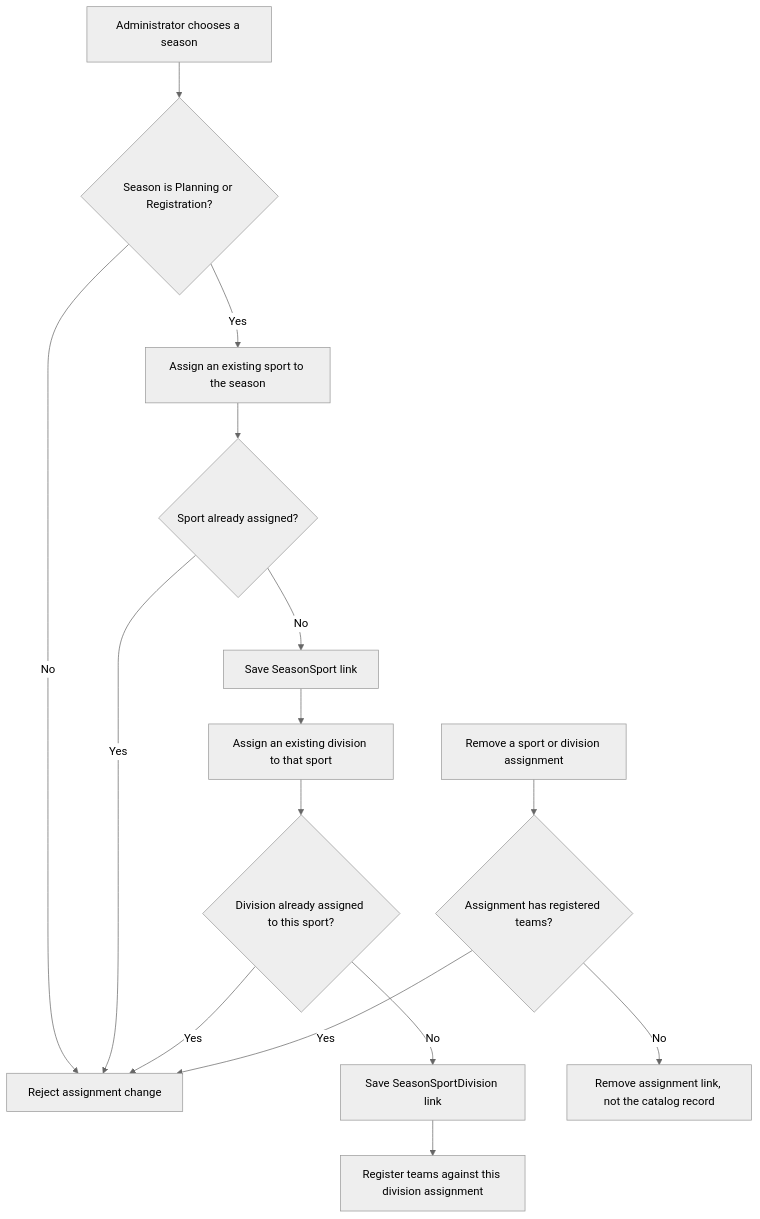
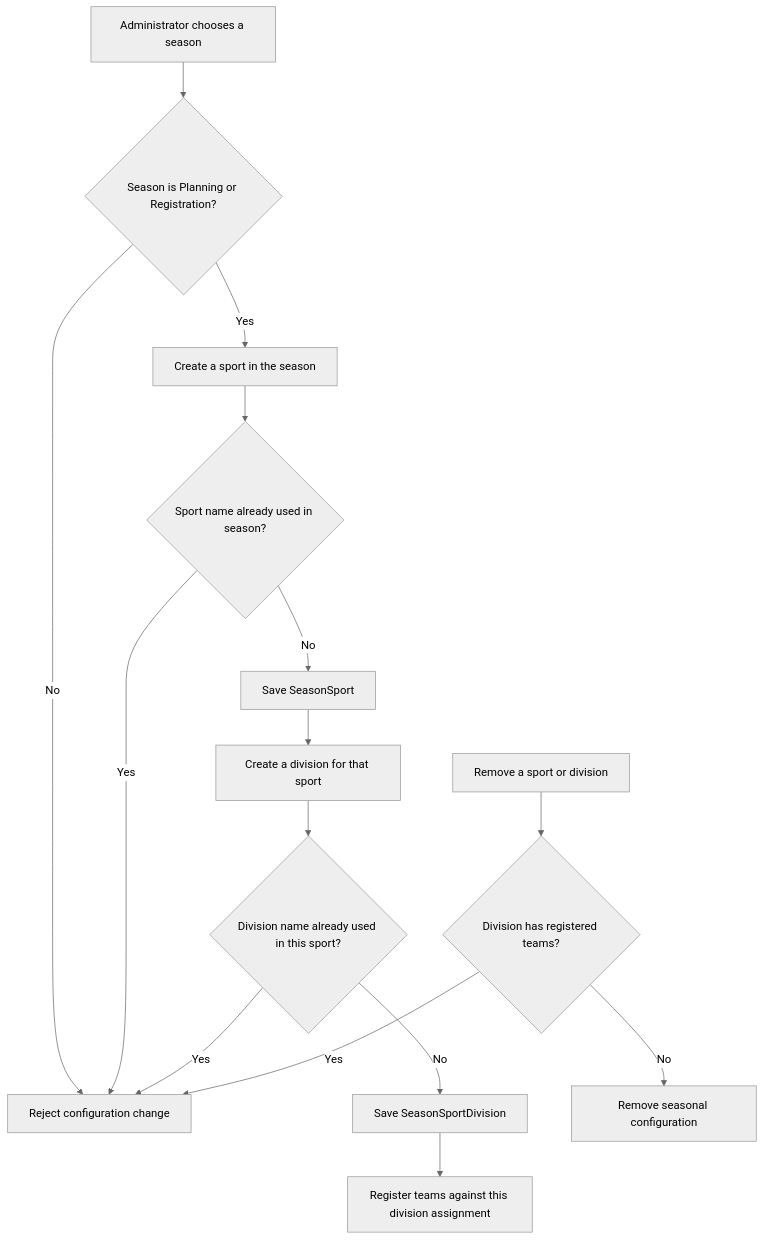
One commit to inamonanymous/BarangayLeagueSystem changed the eighth of 19 diagrams in docs/diagrams/system-feature-flowcharts.md. Above: the diagram before and after it, drawn with Mermaid (neutral theme). The commit also changed other lines of this file and 108 other files, not shown here.

````diff
--- a/docs/diagrams/system-feature-flowcharts.md
+++ b/docs/diagrams/system-feature-flowcharts.md
@@ -201,17 +198,17 @@
 ```mermaid
 flowchart TD
     A["Administrator chooses a season"] --> B{"Season is Planning or Registration?"}
-    B -->|"No"| X["Reject assignment change"]
-    B -->|"Yes"| C["Assign an existing sport to the season"]
-    C --> D{"Sport already assigned?"}
+    B -->|"No"| X["Reject configuration change"]
+    B -->|"Yes"| C["Create a sport in the season"]
+    C --> D{"Sport name already used in season?"}
     D -->|"Yes"| X
-    D -->|"No"| E["Save SeasonSport link"]
-    E --> F["Assign an existing division to that sport"]
-    F --> G{"Division already assigned to this sport?"}
+    D -->|"No"| E["Save SeasonSport"]
+    E --> F["Create a division for that sport"]
+    F --> G{"Division name already used in this sport?"}
     G -->|"Yes"| X
-    G -->|"No"| H["Save SeasonSportDivision link"]
+    G -->|"No"| H["Save SeasonSportDivision"]
     H --> I["Register teams against this division assignment"]
-    J["Remove a sport or division assignment"] --> K{"Assignment has registered teams?"}
+    J["Remove a sport or division"] --> K{"Division has registered teams?"}
     K -->|"Yes"| X
-    K -->|"No"| L["Remove assignment link, not the catalog record"]
+    K -->|"No"| L["Remove seasonal configuration"]
 ```
````
